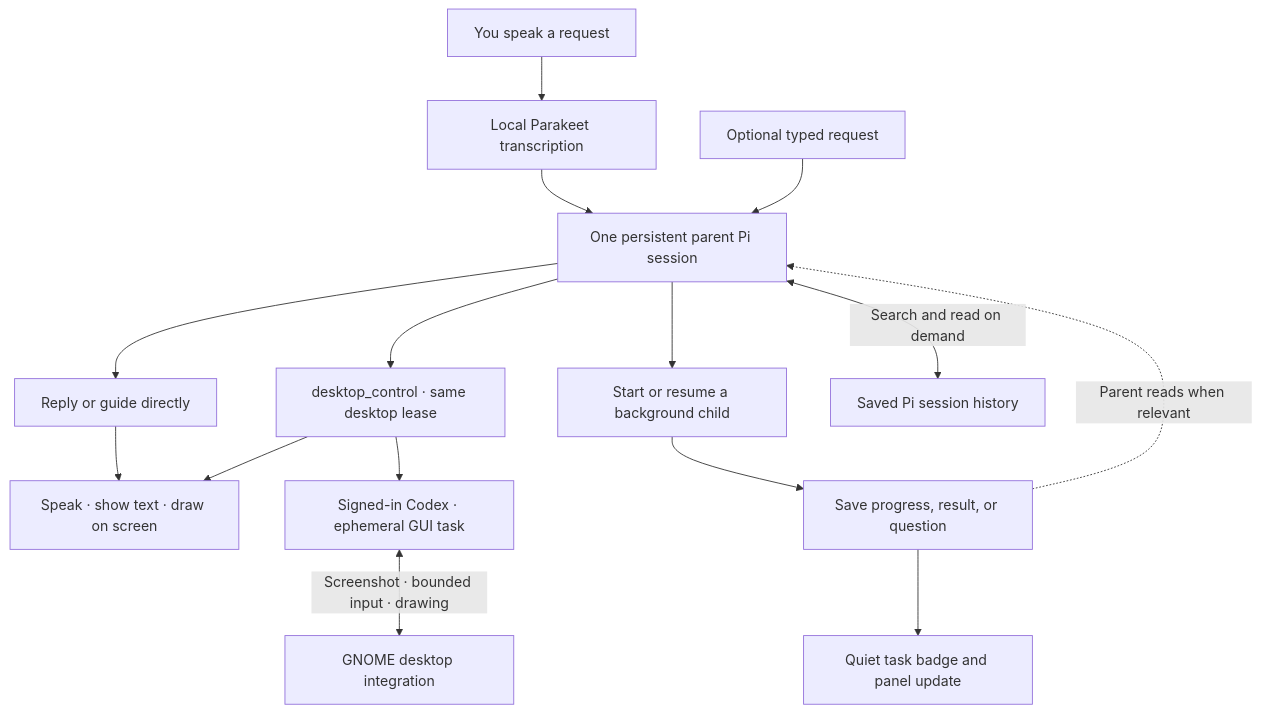
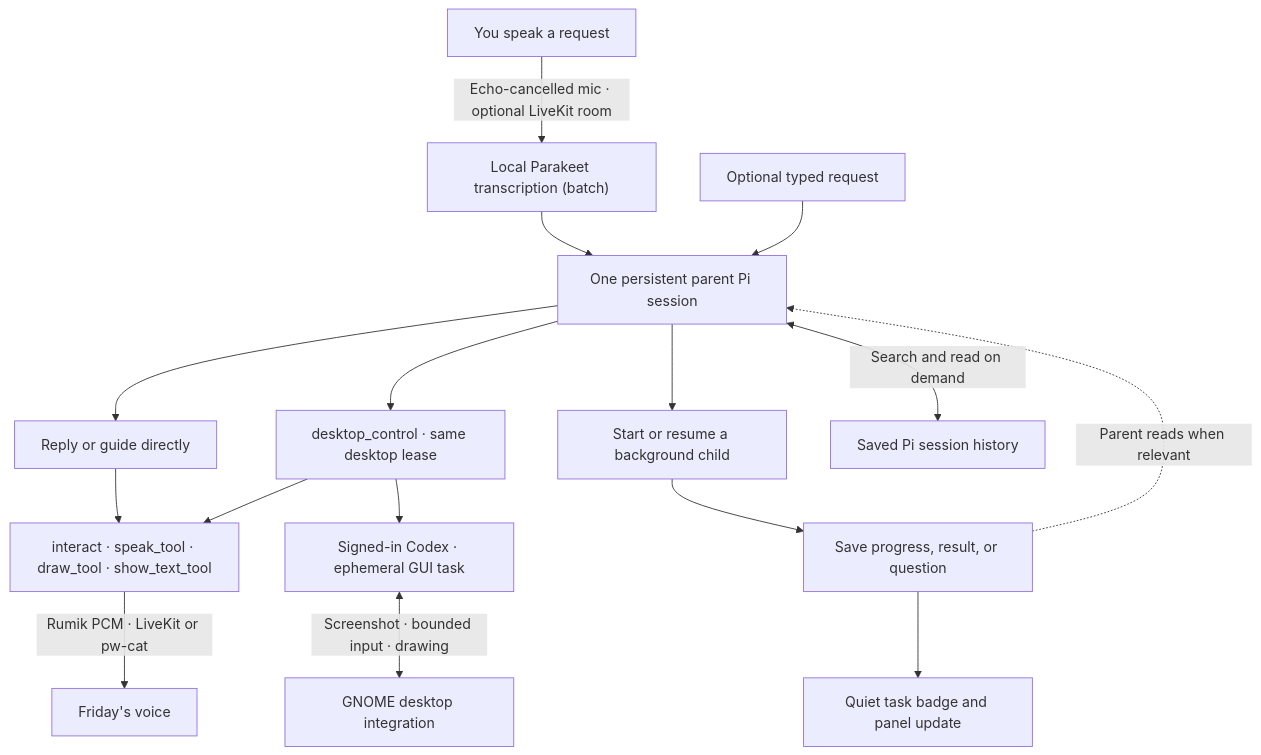
One commit to MayankBansal12/friday changed the diagram in docs/request-flow.md. Above: the diagram before and after it, drawn with Mermaid. The commit also changed other lines of this file and 53 other files, not shown here.

First line of the commit message:
Unify replies through interact with optional LiveKit transport (#4)

````diff
--- a/docs/request-flow.md
+++ b/docs/request-flow.md
@@ -5,17 +5,18 @@
 ```mermaid
 flowchart TD
-    userRequest["You speak a request"] --> localStt["Local Parakeet transcription"]
+    userRequest["You speak a request"] -->|"Echo-cancelled mic · optional LiveKit room"| localStt["Local Parakeet transcription (batch)"]
     localStt --> parentSession["One persistent parent Pi session"]
     typedRequest["Optional typed request"] --> parentSession
     parentSession --> directReply["Reply or guide directly"]
-    directReply --> presentation["Speak · show text · draw on screen"]
+    directReply --> presentation["interact · speak_tool · draw_tool · show_text_tool"]
+    presentation -->|"Rumik PCM · LiveKit or pw-cat"| voiceOut["Friday's voice"]
     parentSession --> control["desktop_control · same desktop lease"]
     control --> codex["Signed-in Codex · ephemeral GUI task"]
     codex <-->|"Screenshot · bounded input · drawing"| native["GNOME desktop integration"]
     control --> presentation
     parentSession --> backgroundChild["Start or resume a background child"]
     backgroundChild --> savedResult["Save progress, result, or question"]
     savedResult --> taskBadge["Quiet task badge and panel update"]
     savedResult -. "Parent reads when relevant" .-> parentSession
     parentSession <-->|"Search and read on demand"| historyStore["Saved Pi session history"]
 ```
````
